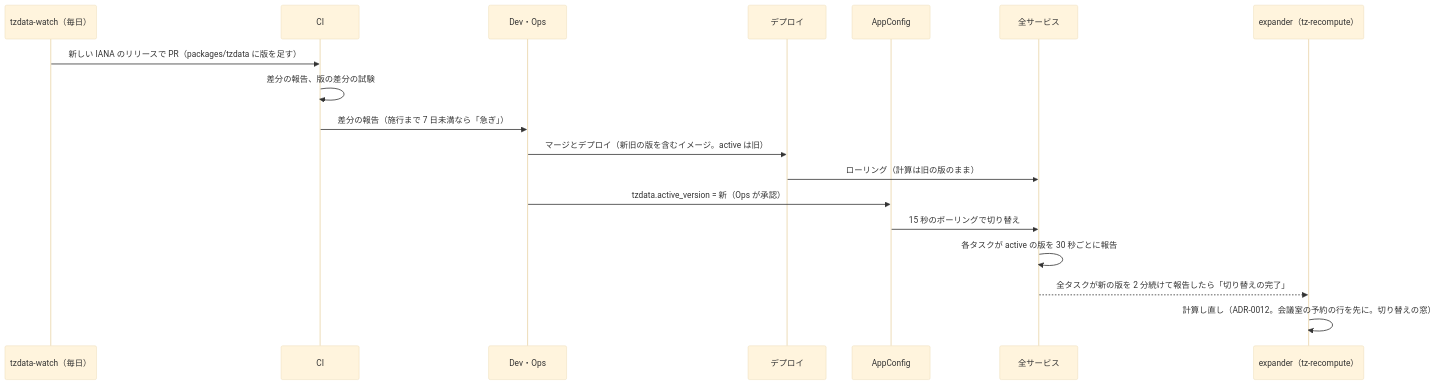
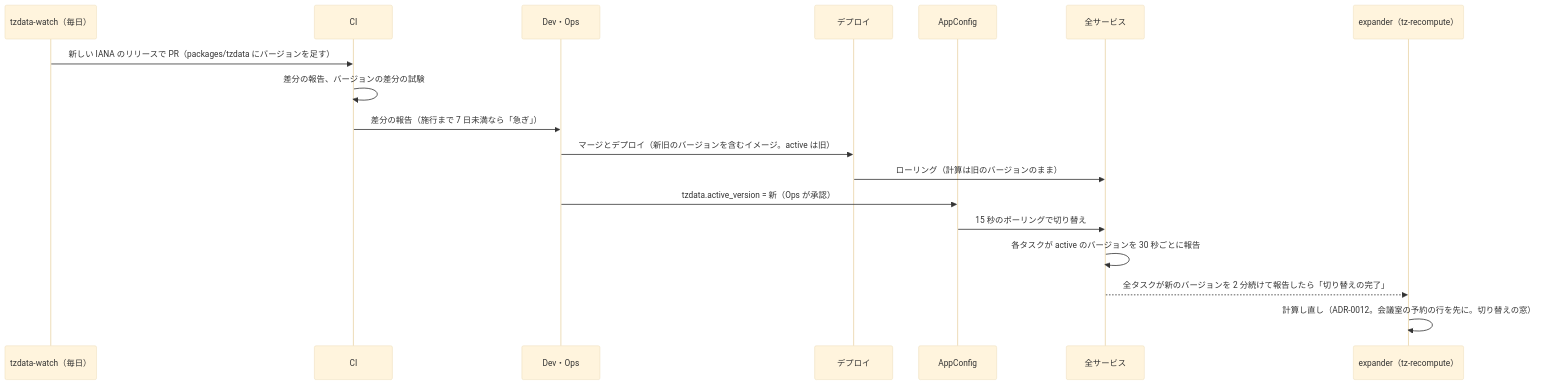
The diagram in systems/google-calendar/docs/decisions/0049-tzdata-rollout-and-schema-change-ordering.md (shoito/rebuilds), drawn with Mermaid (base theme) before and after one commit. The commit also changed other lines of this file and 793 other files, not shown here.

````diff
--- a/systems/google-calendar/docs/decisions/0049-tzdata-rollout-and-schema-change-ordering.md
+++ b/systems/google-calendar/docs/decisions/0049-tzdata-rollout-and-schema-change-ordering.md
@@ -41,20 +41,20 @@
 ```mermaid
 sequenceDiagram
   participant B as tzdata-watch（毎日）
   participant CI as CI
   participant H as Dev・Ops
   participant D as デプロイ
   participant A as AppConfig
   participant S as 全サービス
   participant E as expander（tz-recompute）
-  B->>CI: 新しい IANA のリリースで PR（packages/tzdata に版を足す）
-  CI->>CI: 差分の報告、版の差分の試験
+  B->>CI: 新しい IANA のリリースで PR（packages/tzdata にバージョンを足す）
+  CI->>CI: 差分の報告、バージョンの差分の試験
   CI->>H: 差分の報告（施行まで 7 日未満なら「急ぎ」）
-  H->>D: マージとデプロイ（新旧の版を含むイメージ。active は旧）
-  D->>S: ローリング（計算は旧の版のまま）
+  H->>D: マージとデプロイ（新旧のバージョンを含むイメージ。active は旧）
+  D->>S: ローリング（計算は旧のバージョンのまま）
   H->>A: tzdata.active_version = 新（Ops が承認）
   A->>S: 15 秒のポーリングで切り替え
-  S->>S: 各タスクが active の版を 30 秒ごとに報告
-  S-->>E: 全タスクが新の版を 2 分続けて報告したら「切り替えの完了」
+  S->>S: 各タスクが active のバージョンを 30 秒ごとに報告
+  S-->>E: 全タスクが新のバージョンを 2 分続けて報告したら「切り替えの完了」
   E->>E: 計算し直し（ADR-0012。会議室の予約の行を先に。切り替えの窓）
 ```
````
